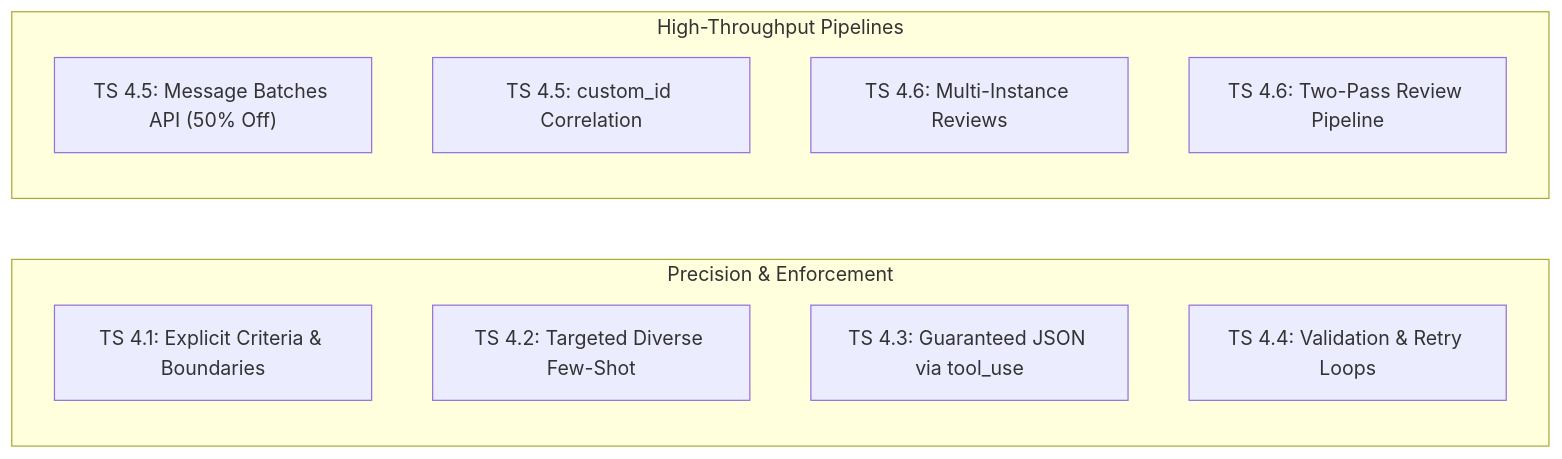
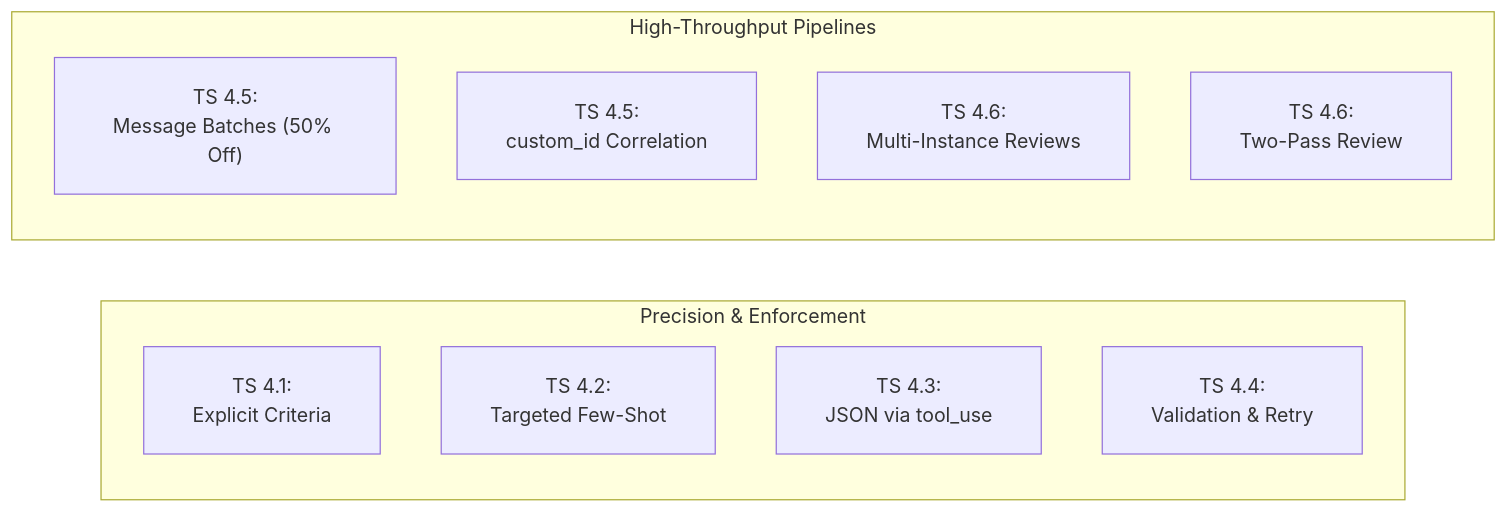
One commit to dip4k/claude_cert_architect_foundation_prep changed the first of 5 diagrams in domain4/KEY_CONCEPTS.md. Above: the diagram before and after it, drawn with Mermaid. The commit also changed other lines of this file and 31 other files, not shown here.

First line of the commit message:
docs(diagrams): fix text trimming, padding, and layout in all mermaid diagrams

````diff
--- a/domain4/KEY_CONCEPTS.md
+++ b/domain4/KEY_CONCEPTS.md
@@ -8,18 +8,19 @@
 ```mermaid
+%%{init: {"flowchart": {"htmlLabels": true, "padding": 20}}}%%
 flowchart LR
     subgraph Precision["Precision & Enforcement"]
         direction TB
-        P1["TS 4.1: Explicit Criteria & Boundaries"]
-        P2["TS 4.2: Targeted Diverse Few-Shot"]
-        P3["TS 4.3: Guaranteed JSON via tool_use"]
-        P4["TS 4.4: Validation & Retry Loops"]
+        P1["TS 4.1:<br/>Explicit Criteria"]
+        P2["TS 4.2:<br/>Targeted Few-Shot"]
+        P3["TS 4.3:<br/>JSON via tool_use"]
+        P4["TS 4.4:<br/>Validation & Retry"]
     end
 
     subgraph Pipelines["High-Throughput Pipelines"]
         direction TB
-        H1["TS 4.5: Message Batches API (50% Off)"]
-        H2["TS 4.5: custom_id Correlation"]
-        H3["TS 4.6: Multi-Instance Reviews"]
-        H4["TS 4.6: Two-Pass Review Pipeline"]
+        H1["TS 4.5:<br/>Message Batches (50% Off)"]
+        H2["TS 4.5:<br/>custom_id Correlation"]
+        H3["TS 4.6:<br/>Multi-Instance Reviews"]
+        H4["TS 4.6:<br/>Two-Pass Review"]
     end
 ```
````
